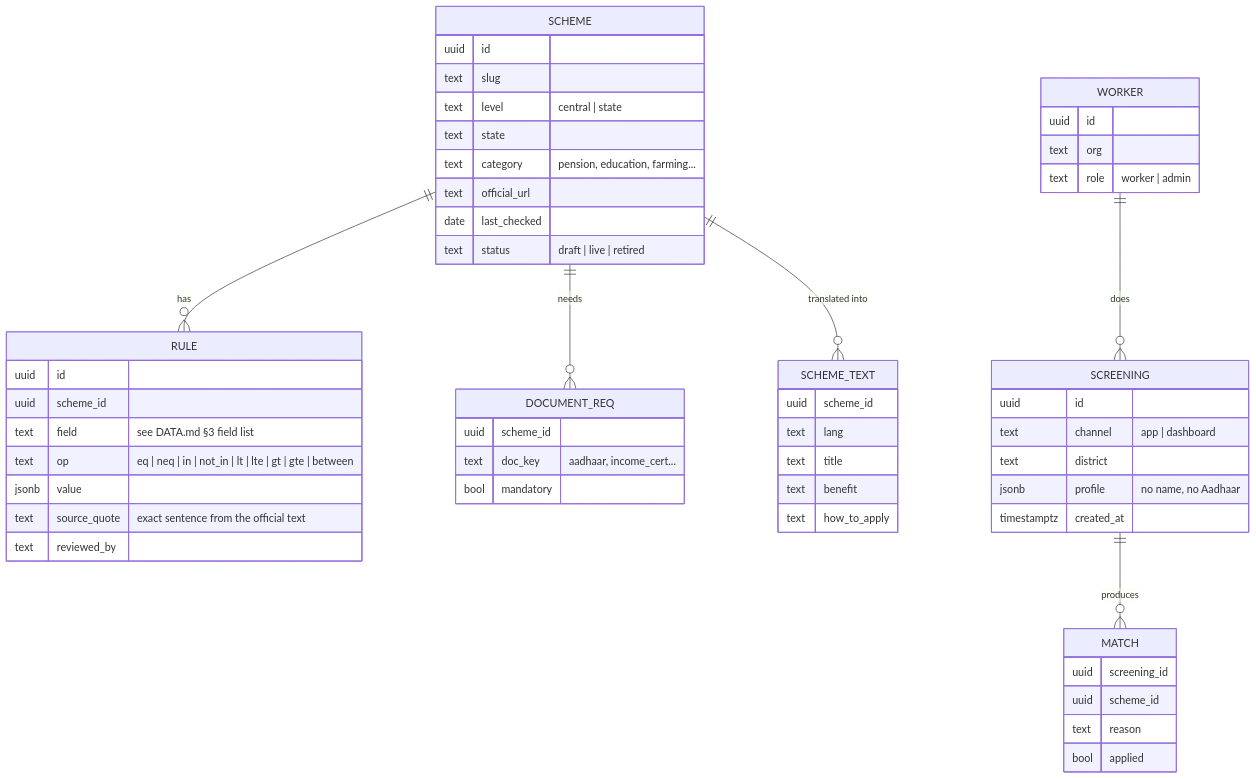
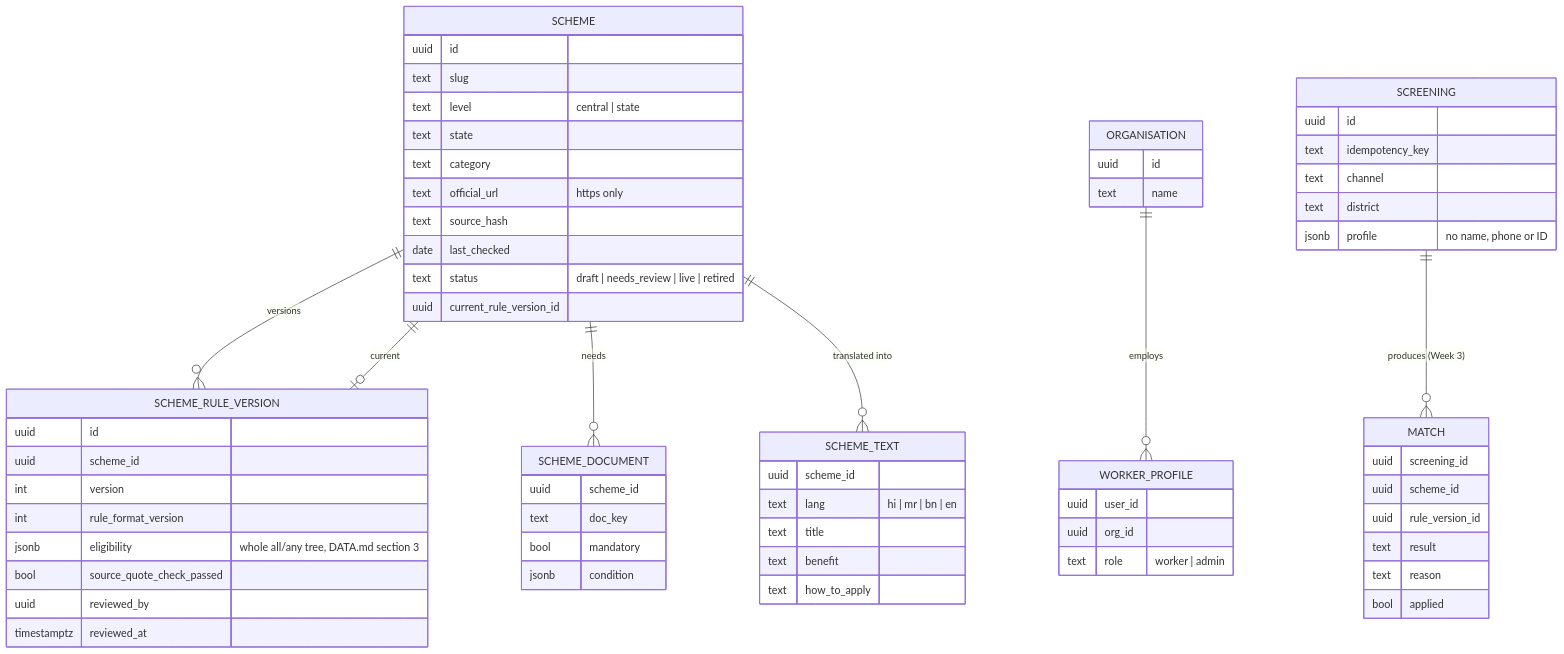
One commit to Zakuroooo/SchemeMatch changed the second of 7 diagrams in docs/ARCHITECTURE.md. Above: the diagram before and after it, drawn with Mermaid. The commit also changed other lines of this file and 1 other file, not shown here.

Commit message:
docs: align ER diagram with versioned rules and add setup steps

````diff
--- a/docs/ARCHITECTURE.md
+++ b/docs/ARCHITECTURE.md
@@ -44,38 +44,37 @@
 ```mermaid
 erDiagram
-    SCHEME ||--o{ RULE : "has"
-    SCHEME ||--o{ DOCUMENT_REQ : "needs"
+    SCHEME ||--o{ SCHEME_RULE_VERSION : "versions"
+    SCHEME ||--o| SCHEME_RULE_VERSION : "current"
+    SCHEME ||--o{ SCHEME_DOCUMENT : "needs"
     SCHEME ||--o{ SCHEME_TEXT : "translated into"
+    ORGANISATION ||--o{ WORKER_PROFILE : "employs"
     SCHEME {
         uuid id
         text slug
         text level "central | state"
         text state
-        text category "pension, education, farming..."
-        text official_url
+        text category
+        text official_url "https only"
+        text source_hash
         date last_checked
-        text status "draft | live | retired"
+        text status "draft | needs_review | live | retired"
+        uuid current_rule_version_id
     }
-    RULE {
+    SCHEME_RULE_VERSION {
         uuid id
         uuid scheme_id
-        text field "see DATA.md §3 field list"
-        text op "eq | neq | in | not_in | lt | lte | gt | gte | between"
-        jsonb value
-        text source_quote "exact sentence from the official text"
-        text reviewed_by
+        int version
+        int rule_format_version
+        jsonb eligibility "whole all/any tree, DATA.md section 3"
+        bool source_quote_check_passed
+        uuid reviewed_by
+        timestamptz reviewed_at
     }
-    DOCUMENT_REQ { uuid scheme_id  text doc_key "aadhaar, income_cert..."  bool mandatory }
-    SCHEME_TEXT { uuid scheme_id  text lang  text title  text benefit  text how_to_apply }
-    SCREENING ||--o{ MATCH : "produces"
-    SCREENING {
-        uuid id
-        text channel "app | dashboard"
-        text district
-        jsonb profile "no name, no Aadhaar"
-        timestamptz created_at
-    }
-    MATCH { uuid screening_id  uuid scheme_id  text reason  bool applied }
-    WORKER ||--o{ SCREENING : "does"
-    WORKER { uuid id  text org  text role "worker | admin" }
+    SCHEME_DOCUMENT { uuid scheme_id  text doc_key  bool mandatory  jsonb condition }
+    SCHEME_TEXT { uuid scheme_id  text lang "hi | mr | bn | en"  text title  text benefit  text how_to_apply }
+    ORGANISATION { uuid id  text name }
+    WORKER_PROFILE { uuid user_id  uuid org_id  text role "worker | admin" }
+    SCREENING ||--o{ MATCH : "produces (Week 3)"
+    SCREENING { uuid id  text idempotency_key  text channel  text district  jsonb profile "no name, phone or ID" }
+    MATCH { uuid screening_id  uuid scheme_id  uuid rule_version_id  text result  text reason  bool applied }
 ```
````
